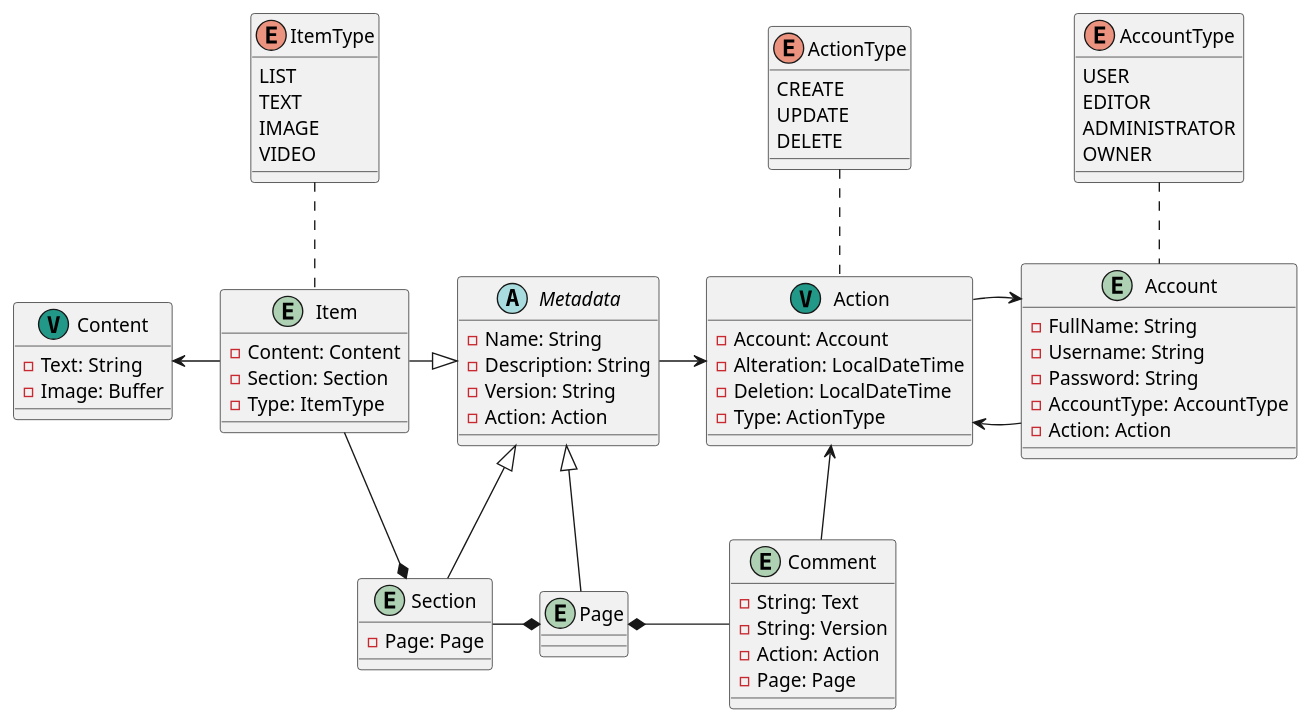
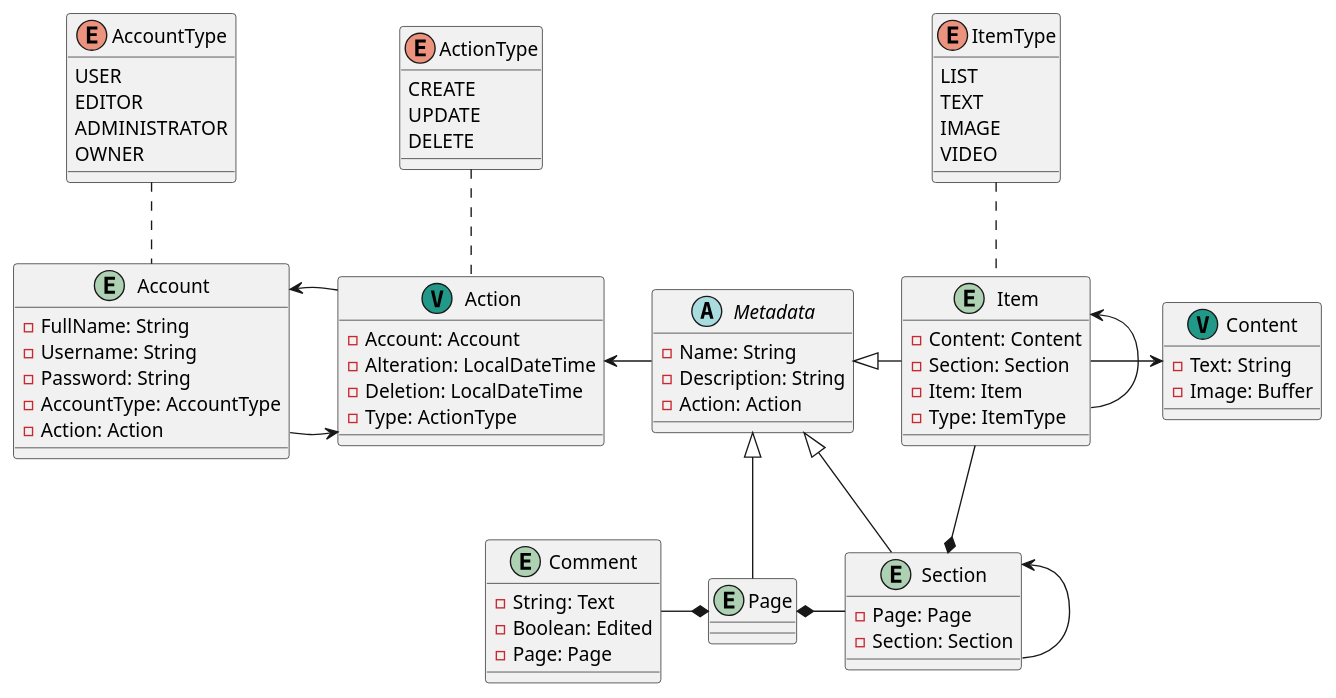
One commit to LouisFerro/HFW-HighlyFunctionalWiki changed the diagram in src/main/plantuml/5. Main - Production.puml. Above: the diagram before and after it, drawn with PlantUML. The commit also changed 2 other files, not shown here.

Commit message:
Adaption of concept model to account for better historization and section nesting.
Regular changes.

```diff
--- a/src/main/plantuml/5. Main - Production.puml
+++ b/src/main/plantuml/5. Main - Production.puml
@@ -1,105 +1,105 @@
 @startuml
 'https://plantuml.com/class-diagram'
 
 entity Account
 {
     - FullName: String
     - Username: String
     - Password: String
     - AccountType: AccountType
     - Action: Action
 }
 
 enum AccountType
 {
     USER
     EDITOR
     ADMINISTRATOR
     OWNER
 }
 
 entity Action <<(V, #229988)>>
 {
     - Account: Account
     - Alteration: LocalDateTime
     - Deletion: LocalDateTime
     - Type: ActionType
 }
 
 enum ActionType
 {
     CREATE
     UPDATE
     DELETE
 }
 
 abstract class Metadata
 {
     - Name: String
     - Description: String
-    - Version: String
     - Action: Action
 }
 
 entity Page
 {
 
 }
 
 entity Section
 {
     - Page: Page
+    - Section: Section
 }
 
 entity Item
 {
     - Content: Content
     - Section: Section
+    - Item: Item
     - Type: ItemType
 }
 
 enum ItemType
 {
     LIST
     TEXT
     IMAGE
     VIDEO
 }
 
 entity Content <<(V, #229988)>>
 {
     - Text: String
     - Image: Buffer
 }
 
 entity Comment
 {
     - String: Text
-    - String: Version
-    - Action: Action
+    - Boolean: Edited
     - Page: Page
 }
 
 Account .up. AccountType
-Account -left-> Action
+Account -right-> Action
 
-Action -right-> Account
+Action -left-> Account
 Action .up. ActionType
 
-Metadata -right-> Action
+Metadata -left-> Action
 
-Comment -up-> Action
-Comment -left-* Page
+Comment -right-* Page
 
 Page -up-|> Metadata
 
 Section -up-|> Metadata
-Section -right-* Page
+Section -left-* Page
+Section -up-> Section
 
-Item -right-|> Metadata
+Item -left-|> Metadata
 Item -down-* Section
-Item -left-> Content
+Item -right-> Content
 Item .up. ItemType
-
+Item -up-> Item
 
 @enduml
```
